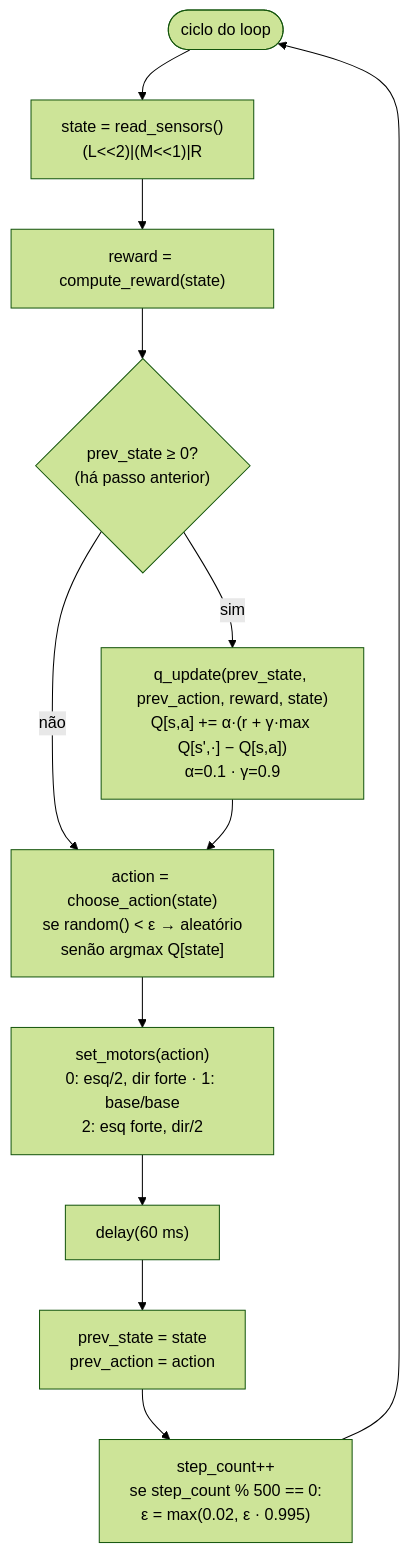
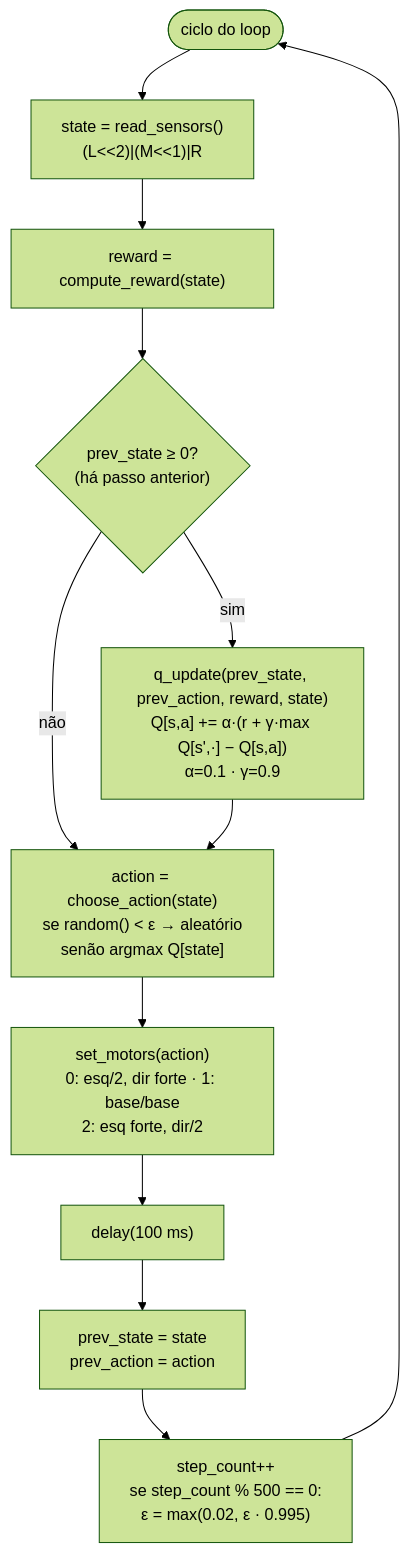
Before and after one commit to PedroZia/enviorment-simulator-python-arduino: the sixth of 8 diagrams in README.md, drawn with Mermaid (forest theme). The commit also changed other lines of this file and 61 other files, not shown here.

````diff
--- a/README.md
+++ b/README.md
@@ -167,14 +168,14 @@
 ```mermaid
 flowchart TD
   A([ciclo do loop]) --> L["state = read_sensors()<br/>(L<<2)|(M<<1)|R"]
   L --> R["reward = compute_reward(state)"]
   R --> Q{"prev_state ≥ 0?<br/>(há passo anterior)"}
   Q -->|sim| UP["q_update(prev_state, prev_action, reward, state)<br/>Q[s,a] += α·(r + γ·max Q[s',·] − Q[s,a])<br/>α=0.1 · γ=0.9"]
   Q -->|não| AC
   UP --> AC["action = choose_action(state)<br/>se random() < ε → aleatório<br/>senão argmax Q[state]"]
   AC --> MX["set_motors(action)<br/>0: esq/2, dir forte · 1: base/base<br/>2: esq forte, dir/2"]
-  MX --> DL["delay(60 ms)"]
+  MX --> DL["delay(100 ms)"]
   DL --> SV["prev_state = state<br/>prev_action = action"]
   SV --> DK["step_count++<br/>se step_count % 500 == 0:<br/>ε = max(0.02, ε · 0.995)"]
   DK --> A
 ```
````
